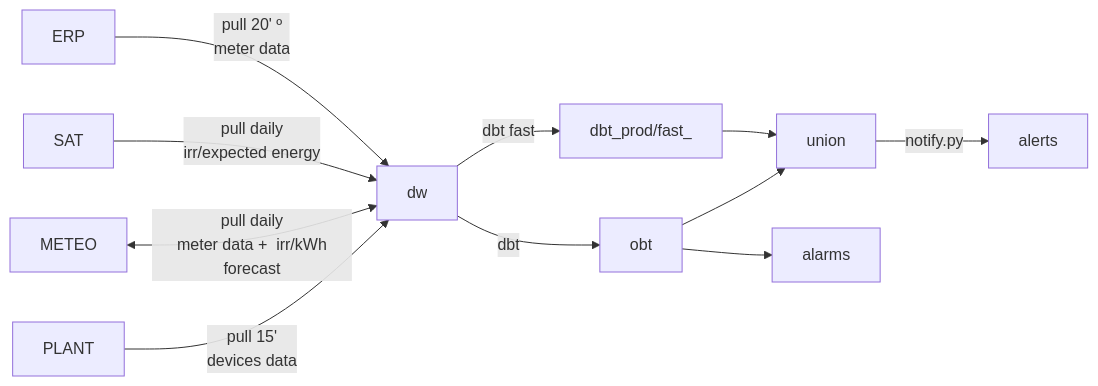
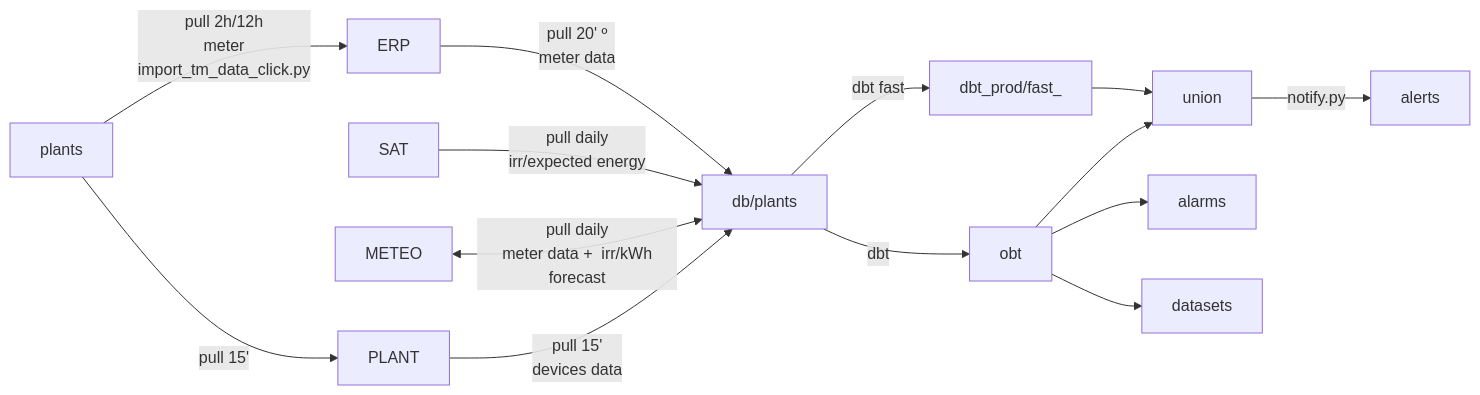
One commit to Som-Energia/somenergia-jardiner changed the second of 2 diagrams in docs/desenvolupadors/2023-06-10-overview-devs.md. Above: the diagram before and after it, drawn with Mermaid. The commit also changed other lines of this file and 1 other file, not shown here.

Commit message:
update graphs

````diff
--- a/docs/desenvolupadors/2023-06-10-overview-devs.md
+++ b/docs/desenvolupadors/2023-06-10-overview-devs.md
@@ -60,14 +67,17 @@
 ```mermaid
 flowchart LR
 
-ERP -- pull 20' º\n meter data --> dw
+dw[db/plants]
+
+plants -- pull 2h/12h \n meter \n import_tm_data_click.py --> ERP -- pull 20' º\n meter data --> dw
 SAT -- pull daily\n irr/expected energy --> dw
 METEO <-- pull daily\n meter data +  irr/kWh forecast --> dw
-PLANT -- pull 15'\n devices data --> dw
+plants -- pull 15' --> PLANT -- pull 15'\n devices data --> dw
 
 
 dw -- dbt fast --> fast[dbt_prod/fast_] --> union
 dw -- dbt --> obt --> alarms
 obt --> union
 union -- notify.py --> alerts
+obt --> datasets
 ```
````
